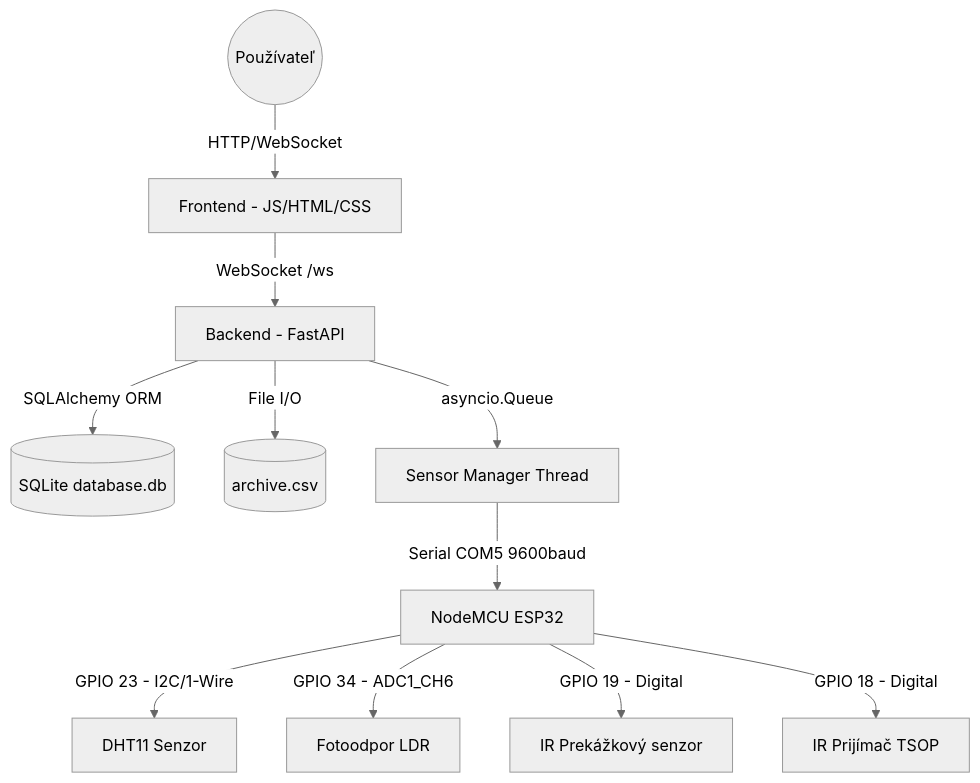
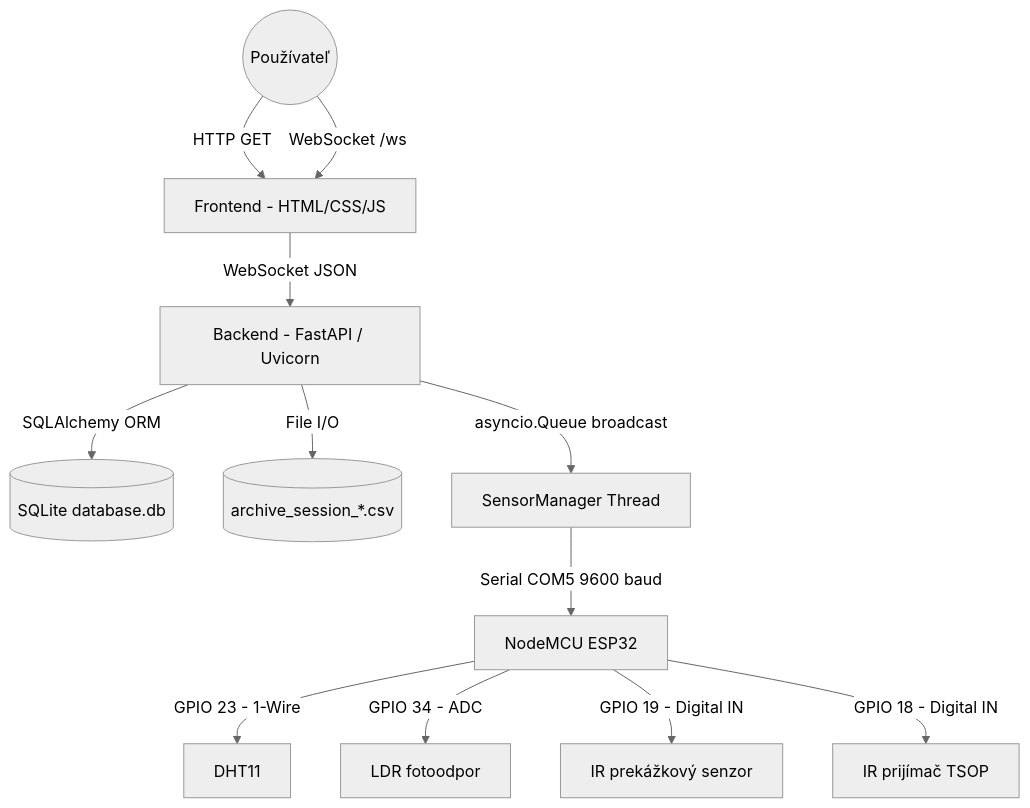
The first of 3 diagrams in DOCUMENTATION.md (HavryliukM/POIT), drawn with Mermaid (neutral theme) before and after one commit. The commit also changed other lines of this file and 8 other files, not shown here.

````diff
--- a/DOCUMENTATION.md
+++ b/DOCUMENTATION.md
@@ -45,13 +45,14 @@
 ```mermaid
 graph TD
-    User((Používateľ)) -->|HTTP/WebSocket| WebUI[Frontend - JS/HTML/CSS]
-    WebUI -->|WebSocket /ws| FastAPIServer[Backend - FastAPI]
-    FastAPIServer -->|SQLAlchemy ORM| DB[(SQLite database.db)]
-    FastAPIServer -->|File I/O| CSV[(archive.csv)]
-    FastAPIServer -->|asyncio.Queue| SensorMgr[Sensor Manager Thread]
-    SensorMgr -->|Serial COM5 9600baud| ESP32[NodeMCU ESP32]
-    ESP32 -->|GPIO 23 - I2C/1-Wire| DHT11[DHT11 Senzor]
-    ESP32 -->|GPIO 34 - ADC1_CH6| LDR[Fotoodpor LDR]
-    ESP32 -->|GPIO 19 - Digital| IRObst[IR Prekážkový senzor]
-    ESP32 -->|GPIO 18 - Digital| IRRecv[IR Prijímač TSOP]
+    User((Používateľ)) -->|HTTP GET| WebUI[Frontend - HTML/CSS/JS]
+    User -->|WebSocket /ws| WebUI
+    WebUI -->|WebSocket JSON| FastAPI[Backend - FastAPI / Uvicorn]
+    FastAPI -->|SQLAlchemy ORM| DB[(SQLite database.db)]
+    FastAPI -->|File I/O| CSV[(archive_session_*.csv)]
+    FastAPI -->|asyncio.Queue broadcast| SM[SensorManager Thread]
+    SM -->|Serial COM5 9600 baud| ESP32[NodeMCU ESP32]
+    ESP32 -->|GPIO 23 - 1-Wire| DHT11[DHT11]
+    ESP32 -->|GPIO 34 - ADC| LDR[LDR fotoodpor]
+    ESP32 -->|GPIO 19 - Digital IN| IRO[IR prekážkový senzor]
+    ESP32 -->|GPIO 18 - Digital IN| IRP[IR prijímač TSOP]
 ```
````
